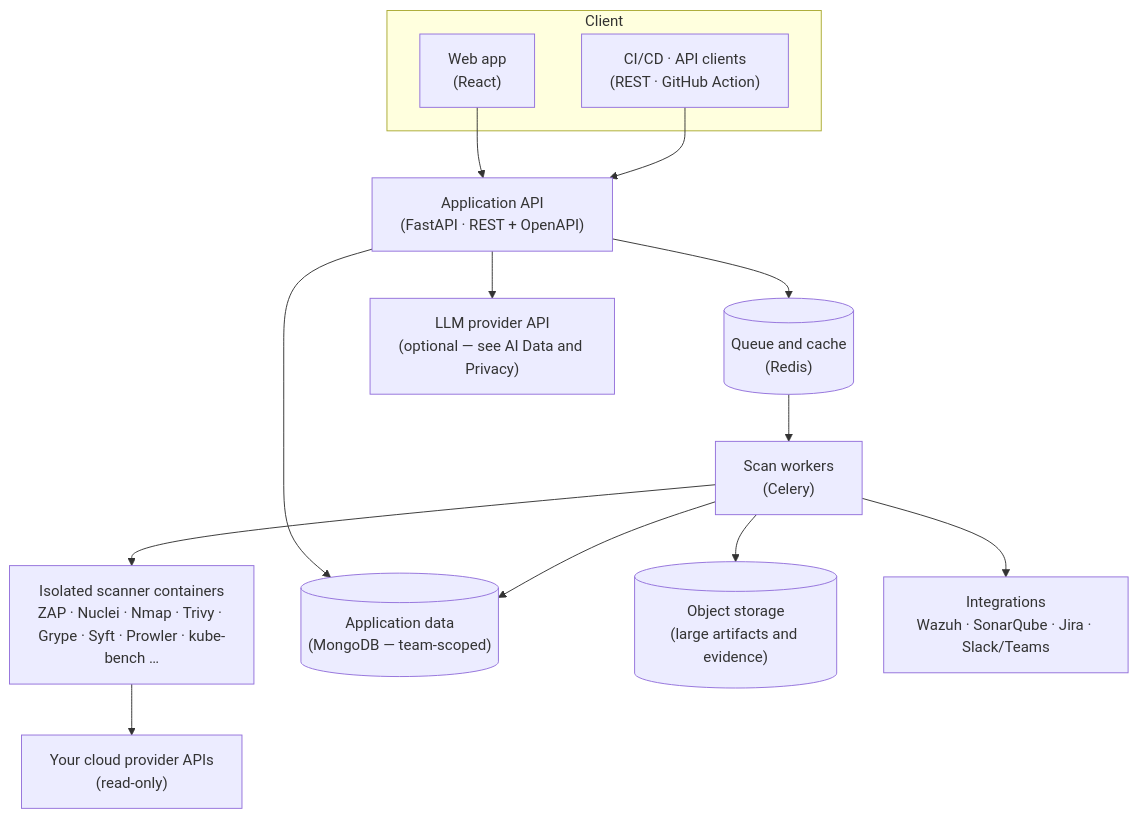
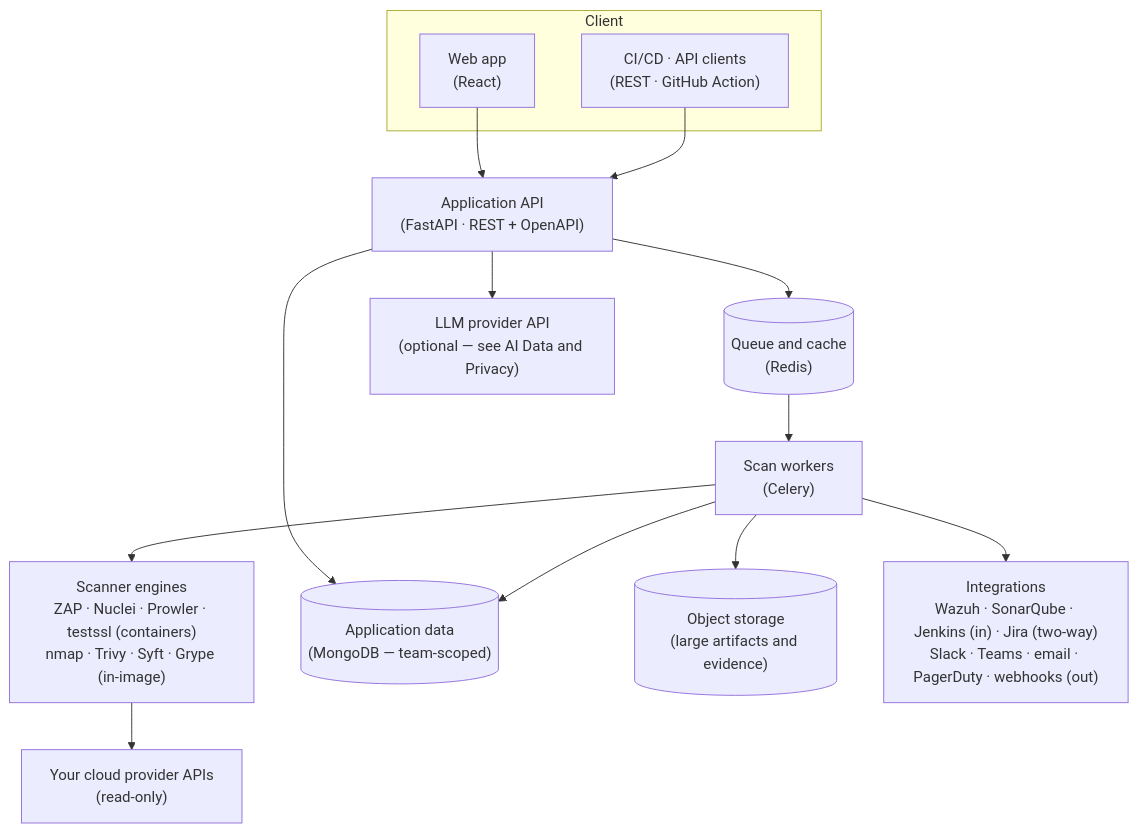
Before and after one commit to niteshsaini/offloadsecurity-docs: the first of 2 diagrams in docs/architecture.md, drawn with Mermaid. The commit also changed other lines of this file and 33 other files, not shown here.

````diff
--- a/docs/architecture.md
+++ b/docs/architecture.md
@@ -15,30 +15,30 @@
 ```mermaid
 flowchart TB
   subgraph Client
     UI["Web app<br/>(React)"]
     CI["CI/CD · API clients<br/>(REST · GitHub Action)"]
   end
 
   API["Application API<br/>(FastAPI · REST + OpenAPI)"]
   Q[("Queue and cache<br/>(Redis)")]
   W["Scan workers<br/>(Celery)"]
-  SC["Isolated scanner containers<br/>ZAP · Nuclei · Nmap · Trivy · Grype · Syft · Prowler · kube-bench …"]
+  SC["Scanner engines<br/>ZAP · Nuclei · Prowler · testssl (containers)<br/>nmap · Trivy · Syft · Grype (in-image)"]
 
   DB[("Application data<br/>(MongoDB — team-scoped)")]
   OBJ[("Object storage<br/>(large artifacts and evidence)")]
 
   EXT["Your cloud provider APIs<br/>(read-only)"]
-  INT["Integrations<br/>Wazuh · SonarQube · Jira · Slack/Teams"]
+  INT["Integrations<br/>Wazuh · SonarQube · Jenkins (in) · Jira (two-way)<br/>Slack · Teams · email · PagerDuty · webhooks (out)"]
   LLM["LLM provider API<br/>(optional — see AI Data and Privacy)"]
 
   UI --> API
   CI --> API
   API --> Q --> W
   W --> SC
   SC --> EXT
   API --> DB
   W --> DB
   W --> OBJ
   W --> INT
   API --> LLM
 ```
````
